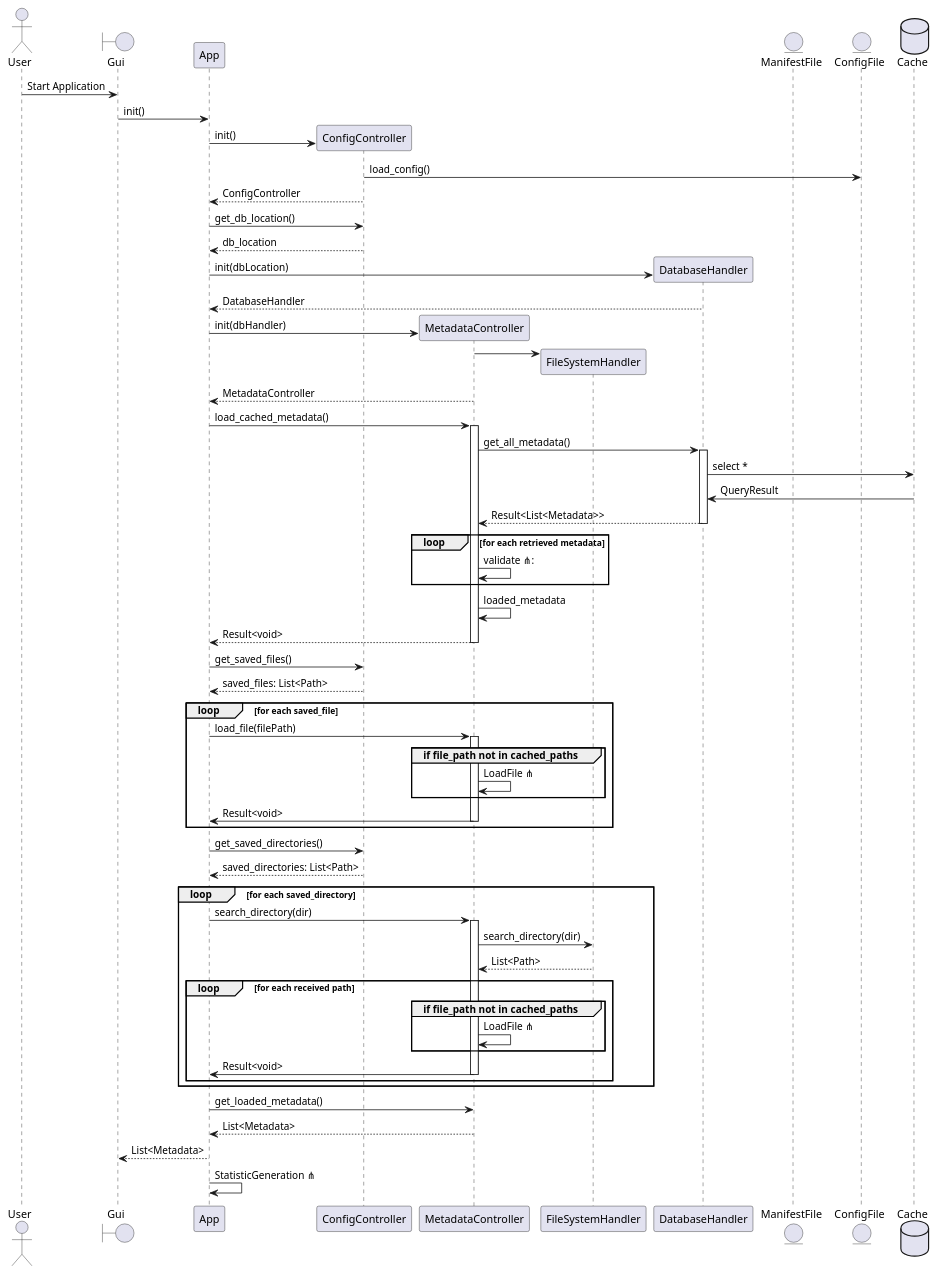
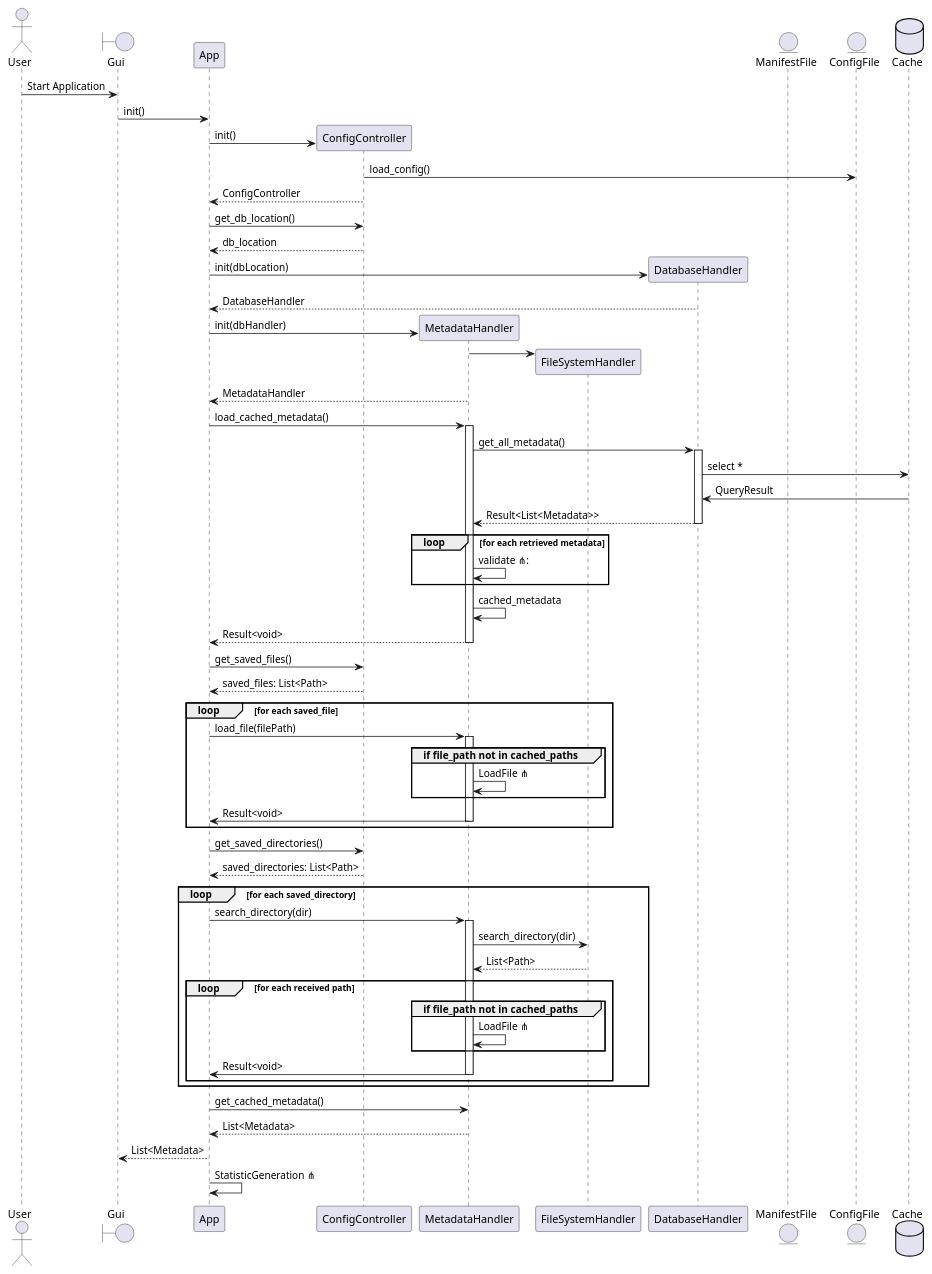
Before and after one commit to SoftwareEngineeringOne/wiki: the second of 10 diagrams in wiki/topics/Inkremente/04/Grobdesign.md, drawn with PlantUML. The commit also changed other lines of this file, not shown here.

Commit message:
Add modules to Class Diagramm

````diff
--- a/wiki/topics/Inkremente/04/Grobdesign.md
+++ b/wiki/topics/Inkremente/04/Grobdesign.md
@@ -209,76 +231,76 @@
 ```plantuml
 @startuml U1.1 Start Application
-'!CHANGE LOADED TO CACHED
+'!CHANGE cached TO CACHED
 actor User
 boundary Gui
 participant App
 participant ConfigController
-participant MetadataController
+participant MetadataHandler
 participant FileSystemHandler
 participant DatabaseHandler
 entity ManifestFile
 entity ConfigFile
 database Cache
 ' statistics
 
 User -> Gui: Start Application
 Gui -> App: init()
 App -> ConfigController **: init()
 ' Config
 ConfigController -> ConfigFile : load_config()
 ConfigController --> App: ConfigController
 App -> ConfigController : get_db_location()
 ConfigController --> App : db_location
 'DatabaseHandler
 App -> DatabaseHandler ** : init(dbLocation)
 DatabaseHandler --> App : DatabaseHandler
-App -> MetadataController **: init(dbHandler)
-MetadataController -> FileSystemHandler **
-MetadataController --> App: MetadataController
+App -> MetadataHandler **: init(dbHandler)
+MetadataHandler -> FileSystemHandler **
+MetadataHandler --> App: MetadataHandler
 
-App -> MetadataController ++: load_cached_metadata()
-MetadataController -> DatabaseHandler ++ : get_all_metadata()
+App -> MetadataHandler ++: load_cached_metadata()
+MetadataHandler -> DatabaseHandler ++ : get_all_metadata()
 DatabaseHandler -> Cache : select *
 Cache -> DatabaseHandler : QueryResult
-DatabaseHandler --> MetadataController --: Result<List<Metadata>>
+DatabaseHandler --> MetadataHandler --: Result<List<Metadata>>
 loop for each retrieved metadata
-    MetadataController -> MetadataController :validate ⋔:
+    MetadataHandler -> MetadataHandler :validate ⋔:
 end
 
-MetadataController -> MetadataController : loaded_metadata
-MetadataController --> App --: Result<void>
+MetadataHandler -> MetadataHandler : cached_metadata
+MetadataHandler --> App --: Result<void>
 
 App -> ConfigController: get_saved_files()
 ConfigController --> App: saved_files: List<Path>
 
 loop for each saved_file
-    App -> MetadataController ++: load_file(filePath)
+    App -> MetadataHandler ++: load_file(filePath)
     group if file_path not in cached_paths
-            MetadataController -> MetadataController : LoadFile ⋔
+            MetadataHandler -> MetadataHandler : LoadFile ⋔
     end
-    MetadataController -> App --: Result<void>
+    MetadataHandler -> App --: Result<void>
 end
 
 App -> ConfigController : get_saved_directories()
 ConfigController --> App: saved_directories: List<Path>
 
 loop for each saved_directory
-    App -> MetadataController ++: search_directory(dir)
-    MetadataController -> FileSystemHandler: search_directory(dir)
-    FileSystemHandler --> MetadataController: List<Path>
+    App -> MetadataHandler ++: search_directory(dir)
+    MetadataHandler -> FileSystemHandler: search_directory(dir)
+    FileSystemHandler --> MetadataHandler: List<Path>
     loop for each received path
         group if file_path not in cached_paths
-            MetadataController -> MetadataController : LoadFile ⋔
+            MetadataHandler -> MetadataHandler : LoadFile ⋔
         end
-        MetadataController -> App --: Result<void>
+        MetadataHandler -> App --: Result<void>
     end
 end
 
-App -> MetadataController: get_loaded_metadata()
-MetadataController --> App: List<Metadata>
+App -> MetadataHandler: get_cached_metadata()
+MetadataHandler --> App: List<Metadata>
 
 App --> Gui: List<Metadata>
 App -> App : StatisticGeneration ⋔
 
 @enduml
 ```
````
